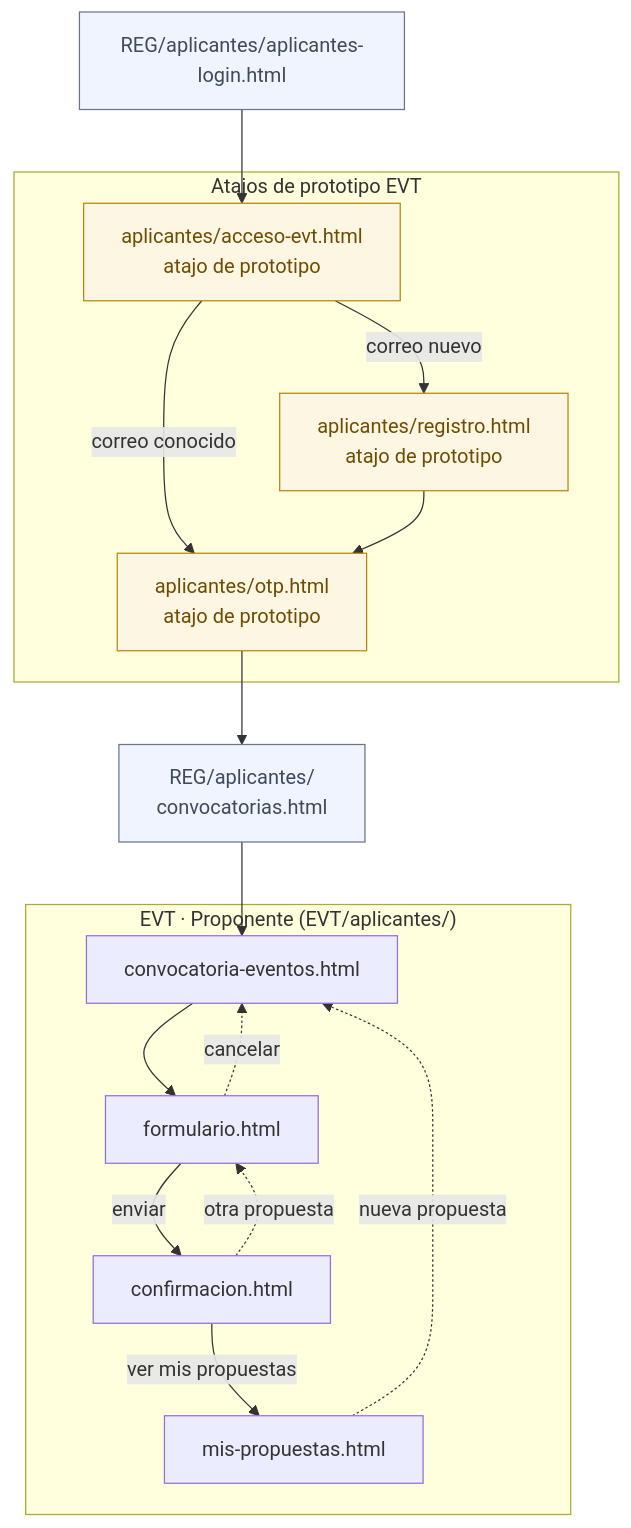
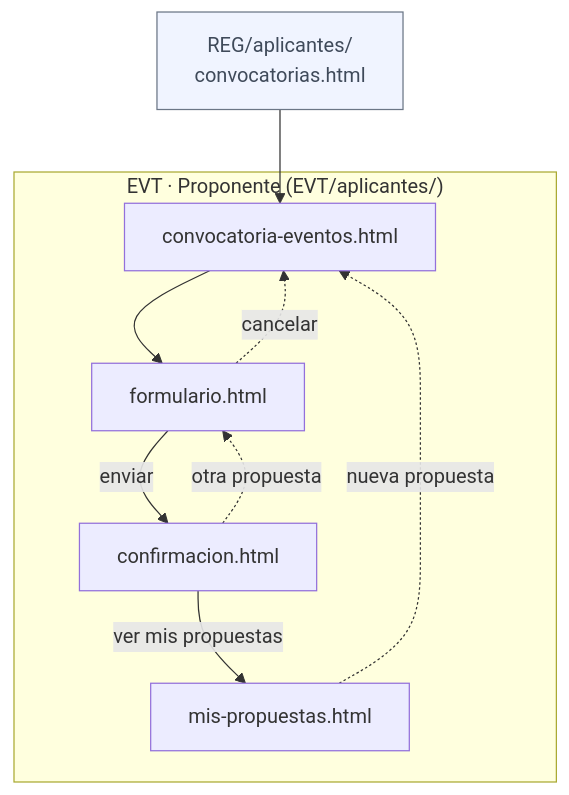
Before and after one commit to Proyectos-Vinculacion-FMAT/FILEYapp26: the first of 2 diagrams in prototipo/mapas/EVT.md, drawn with Mermaid. The commit also changed other lines of this file and 11 other files, not shown here.

First line of the commit message:
fix(prototipo): elimina atajos de EVT/VIS que duplican login/OTP/modulos de REG

````diff
--- a/prototipo/mapas/EVT.md
+++ b/prototipo/mapas/EVT.md
@@ -8,38 +8,23 @@
 ```mermaid
 flowchart TD
-    REG_IDX["REG/aplicantes/aplicantes-login.html"]
     REG_CONV["REG/aplicantes/\nconvocatorias.html"]
-
-    subgraph EVT_ATAJOS["Atajos de prototipo EVT"]
-        EP_ACC["aplicantes/acceso-evt.html\natajo de prototipo"]
-        EP_REG["aplicantes/registro.html\natajo de prototipo"]
-        EP_OTP["aplicantes/otp.html\natajo de prototipo"]
-    end
 
     subgraph EVT_P["EVT · Proponente  (EVT/aplicantes/)"]
         EP_CONV["convocatoria-eventos.html"]
         EP_FORM["formulario.html"]
         EP_CONF["confirmacion.html"]
         EP_MIS["mis-propuestas.html"]
     end
 
-    REG_IDX --> EP_ACC
     REG_CONV --> EP_CONV
-
-    EP_ACC -->|correo nuevo| EP_REG
-    EP_ACC -->|correo conocido| EP_OTP
-    EP_REG --> EP_OTP
-    EP_OTP --> REG_CONV
 
     EP_CONV --> EP_FORM
     EP_FORM -->|enviar| EP_CONF
     EP_FORM -.->|cancelar| EP_CONV
     EP_CONF -->|ver mis propuestas| EP_MIS
     EP_CONF -.->|otra propuesta| EP_FORM
     EP_MIS -.->|nueva propuesta| EP_CONV
 
-    classDef shortcut fill:#fdf6e3,stroke:#b8860b,color:#6e4d03
     classDef ext fill:#f0f4ff,stroke:#6b7686,color:#3f4a5a
-    class EP_ACC,EP_REG,EP_OTP shortcut
-    class REG_IDX,REG_CONV ext
+    class REG_CONV ext
 ```
````
